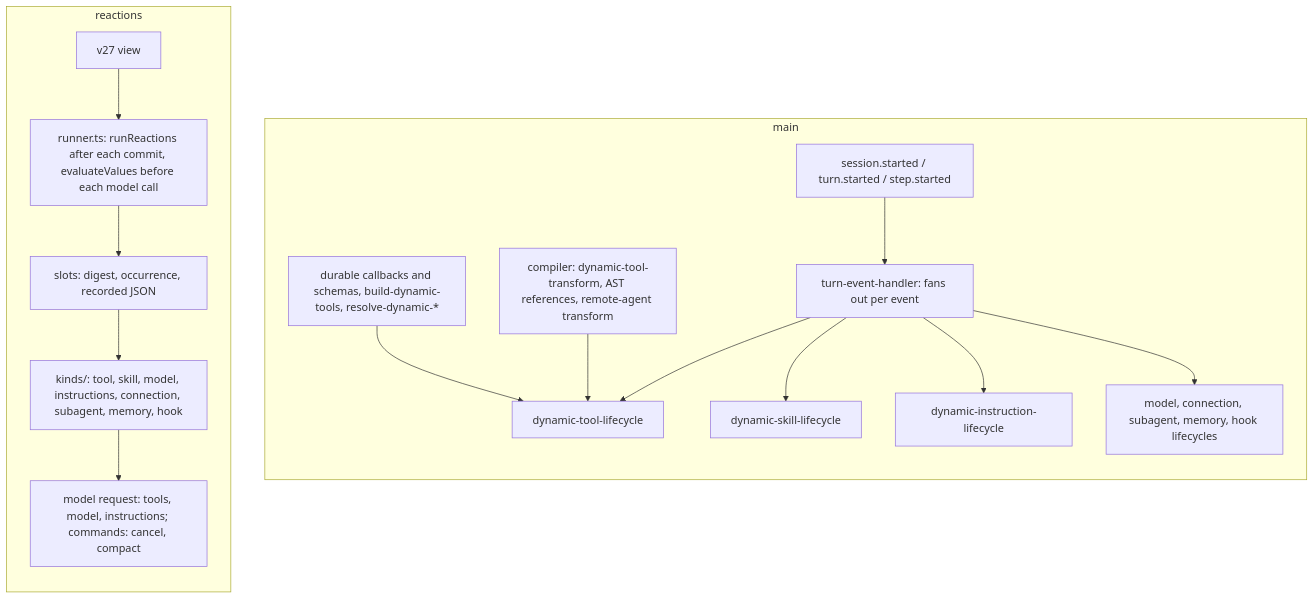
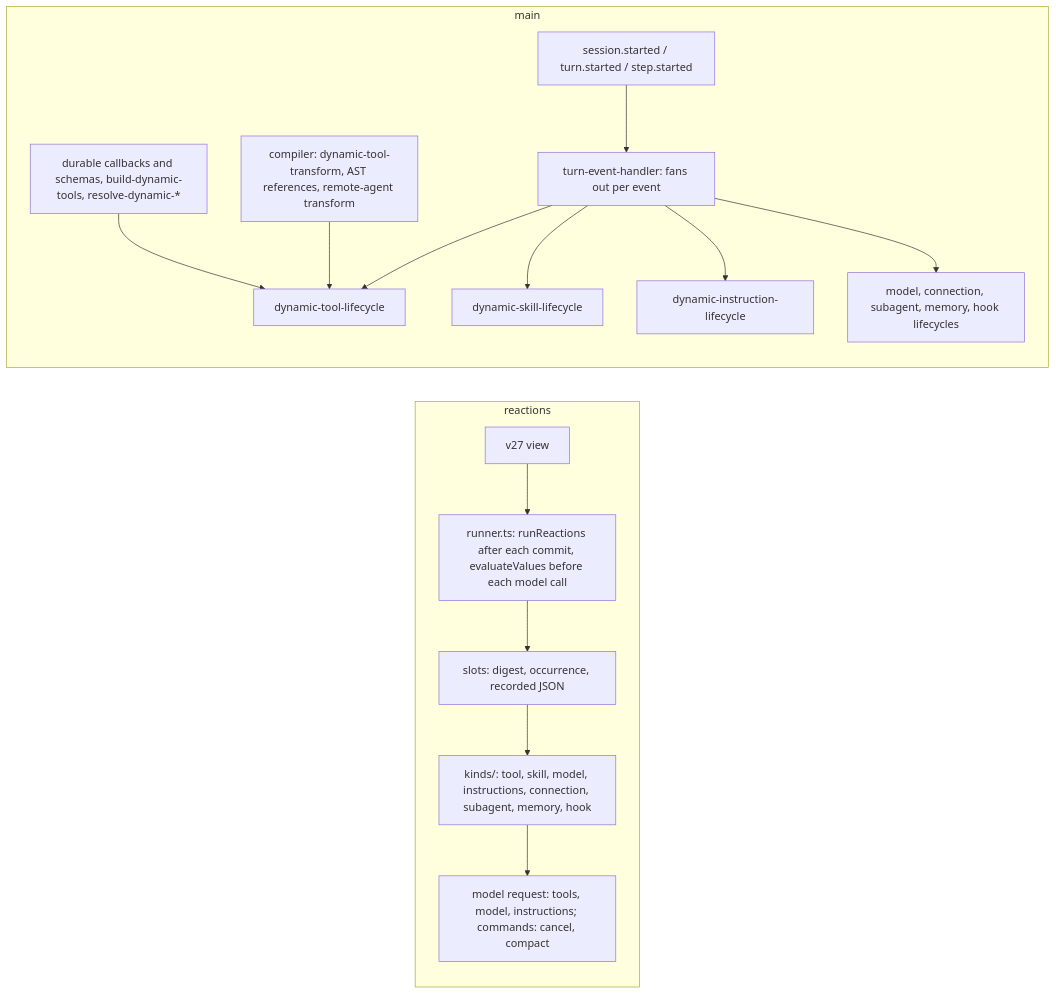
Before and after one commit to B-Step62/eve: the fourth of 6 diagrams in research/session-changes-overview.md, drawn with Mermaid. The commit also changed other lines of this file, not shown here.

Commit message:
Stack main above the stack in the session changes overview's code-move charts
Two unlinked subgraphs lay out side by side; an invisible link puts main's above v27's, and
above reactions' in part 2.

````diff
--- a/research/session-changes-overview.md
+++ b/research/session-changes-overview.md
@@ -662,20 +663,21 @@
 ```mermaid
 flowchart TB
   subgraph main["main"]
     direction TB
     EV["session.started / turn.started / step.started"] --> TH["turn-event-handler: fans out per event"]
     TH --> L1["dynamic-tool-lifecycle"]
     TH --> L2["dynamic-skill-lifecycle"]
     TH --> L3["dynamic-instruction-lifecycle"]
     TH --> L4["model, connection, subagent, memory, hook lifecycles"]
     CT["compiler: dynamic-tool-transform, AST references, remote-agent transform"] --> L1
     DC["durable callbacks and schemas, build-dynamic-tools, resolve-dynamic-*"] --> L1
   end
   subgraph rx["reactions"]
     direction TB
     V["v27 view"] --> RR["runner.ts: runReactions after each commit, evaluateValues before each model call"]
     RR --> SL["slots: digest, occurrence, recorded JSON"]
     SL --> K["kinds/: tool, skill, model, instructions, connection, subagent, memory, hook"]
     K --> OUT["model request: tools, model, instructions; commands: cancel, compact"]
   end
+  main ~~~ rx
 ```
````
